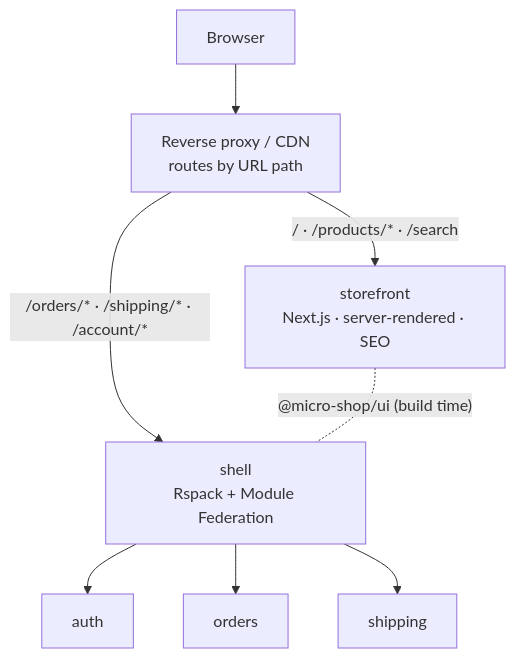
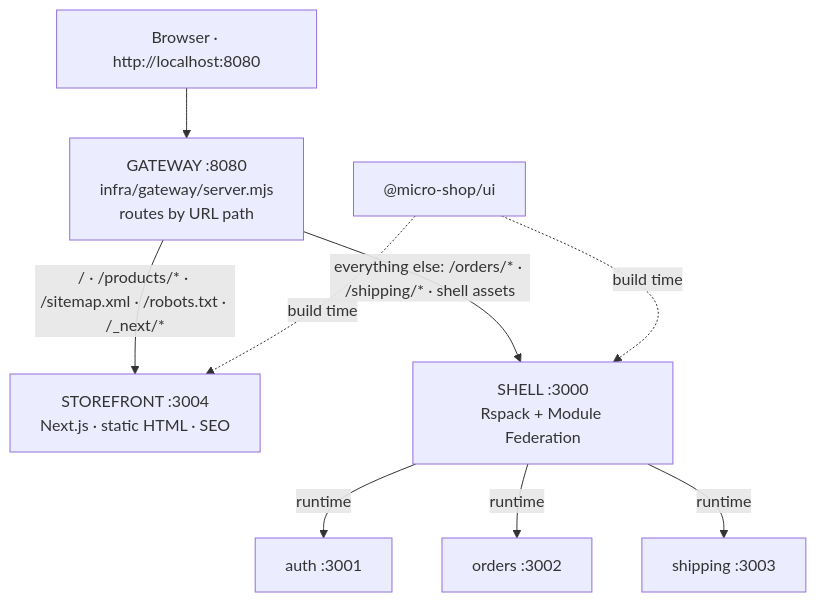
One commit to alireza-akbarzadeh/mciro changed the tenth of 11 diagrams in micro-shop/docs/GUIDE.md. Above: the diagram before and after it, drawn with Mermaid. The commit also changed other lines of this file and 118 other files, not shown here.

````diff
--- a/micro-shop/docs/GUIDE.md
+++ b/micro-shop/docs/GUIDE.md
@@ -839,10 +1133,11 @@
 ```mermaid
 flowchart TB
-    user["Browser"] --> edge["Reverse proxy / CDN<br/>routes by URL path"]
-    edge -- "/ · /products/* · /search" --> next["storefront<br/>Next.js · server-rendered · SEO"]
-    edge -- "/orders/* · /shipping/* · /account/*" --> shell2["shell<br/>Rspack + Module Federation"]
-    shell2 --> a2["auth"]
-    shell2 --> o2["orders"]
-    shell2 --> s2["shipping"]
-    next -. "@micro-shop/ui (build time)" .- shell2
+    user["Browser · http://localhost:8080"] --> gw["GATEWAY :8080<br/>infra/gateway/server.mjs<br/>routes by URL path"]
+    gw -- "/ · /products/* · /sitemap.xml · /robots.txt · /_next/*" --> sf["STOREFRONT :3004<br/>Next.js · static HTML · SEO"]
+    gw -- "everything else: /orders/* · /shipping/* · shell assets" --> sh["SHELL :3000<br/>Rspack + Module Federation"]
+    sh -- runtime --> a["auth :3001"]
+    sh -- runtime --> o["orders :3002"]
+    sh -- runtime --> s["shipping :3003"]
+    ui["@micro-shop/ui"] -. "build time" .-> sf
+    ui -. "build time" .-> sh
 ```
````
